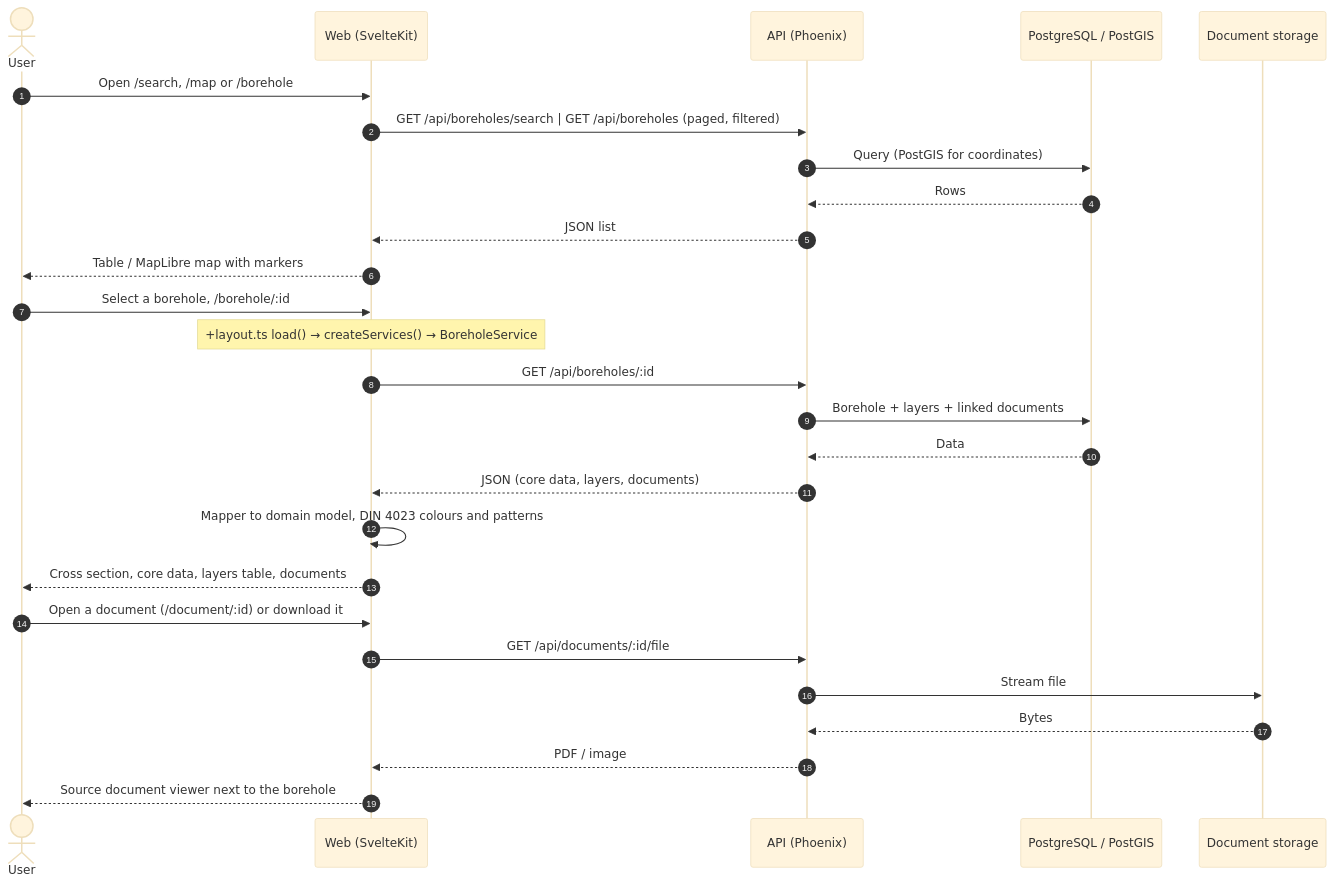
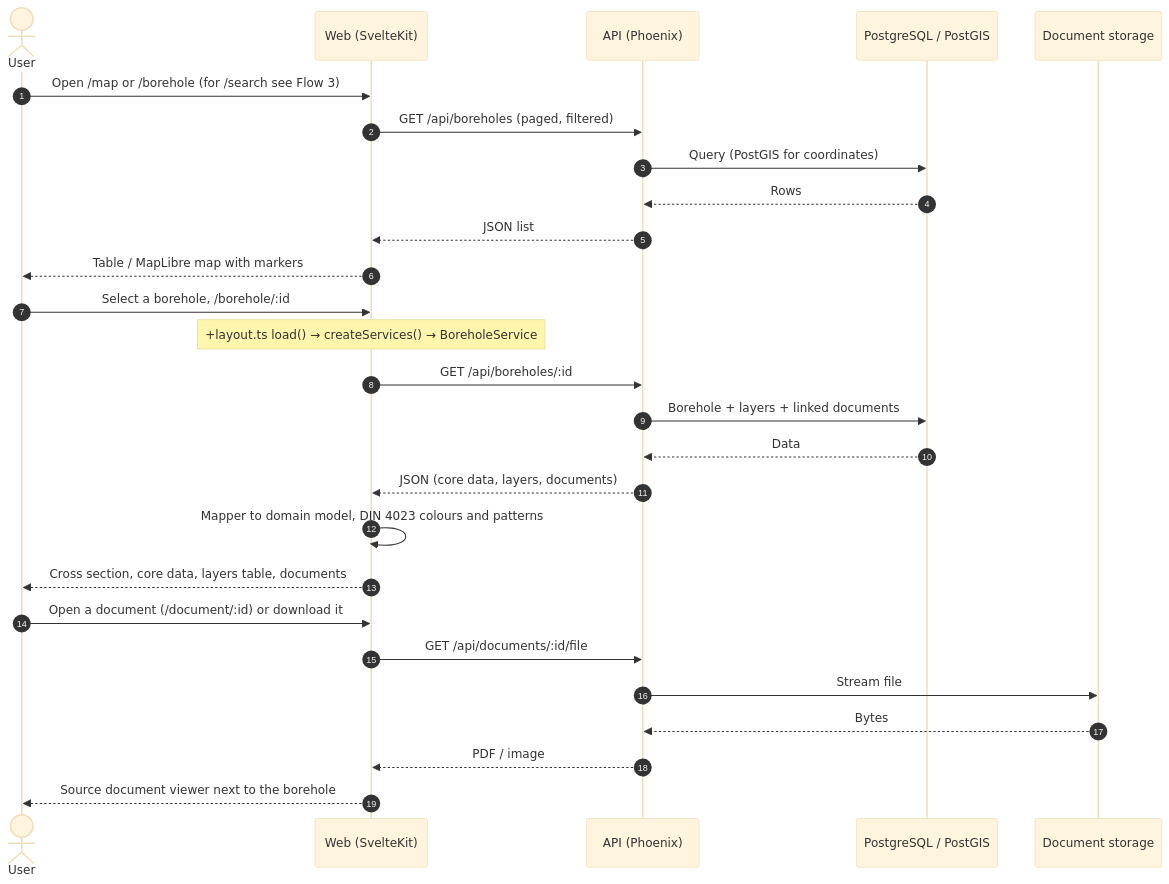
One commit to t-kelsey/smart-automation changed the third of 4 diagrams in docs/architecture.md. Above: the diagram before and after it, drawn with Mermaid (base theme). The commit also changed other lines of this file and 19 other files, not shown here.

````diff
--- a/docs/architecture.md
+++ b/docs/architecture.md
@@ -102,32 +102,32 @@
 ```mermaid
 sequenceDiagram
     autonumber
     actor U as User
     participant W as Web (SvelteKit)
     participant A as API (Phoenix)
     participant D as PostgreSQL / PostGIS
     participant S as Document storage
 
-    U->>W: Open /search, /map or /borehole
-    W->>A: GET /api/boreholes/search | GET /api/boreholes (paged, filtered)
+    U->>W: Open /map or /borehole (for /search see Flow 3)
+    W->>A: GET /api/boreholes (paged, filtered)
     A->>D: Query (PostGIS for coordinates)
     D-->>A: Rows
     A-->>W: JSON list
     W-->>U: Table / MapLibre map with markers
 
     U->>W: Select a borehole, /borehole/:id
     Note over W: +layout.ts load() → createServices() → BoreholeService
     W->>A: GET /api/boreholes/:id
     A->>D: Borehole + layers + linked documents
     D-->>A: Data
     A-->>W: JSON (core data, layers, documents)
     W->>W: Mapper to domain model, DIN 4023 colours and patterns
     W-->>U: Cross section, core data, layers table, documents
 
     U->>W: Open a document (/document/:id) or download it
     W->>A: GET /api/documents/:id/file
     A->>S: Stream file
     S-->>A: Bytes
     A-->>W: PDF / image
     W-->>U: Source document viewer next to the borehole
 ```
````
